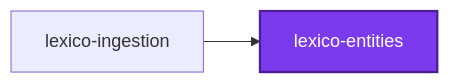
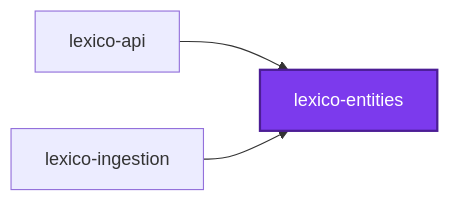
The first of 3 diagrams in packages/lexico-entities/README.md (JimmyPaolini/codebase), drawn with Mermaid before and after one commit. The commit also changed other lines of this file and 9 other files, not shown here.

````diff
--- a/packages/lexico-entities/README.md
+++ b/packages/lexico-entities/README.md
@@ -187,8 +187,10 @@
 ```mermaid
 graph LR
+  lexico_api["lexico-api"]
   lexico_entities["lexico-entities"]
   lexico_ingestion["lexico-ingestion"]
+  lexico_api --> lexico_entities
   lexico_ingestion --> lexico_entities
   classDef subject fill:#7c3aed,color:#fff,stroke:#4c1d95,stroke-width:2px
   class lexico_entities subject
 ```
````
